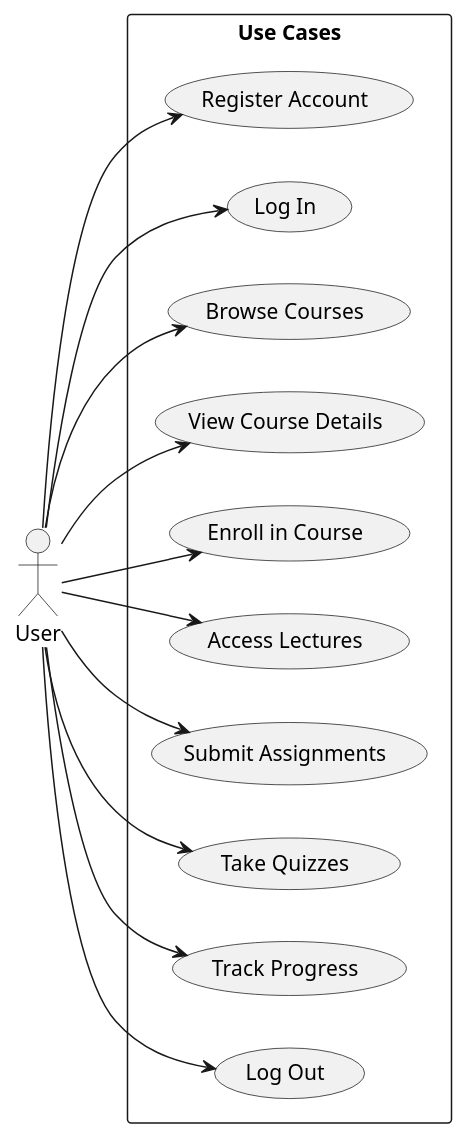
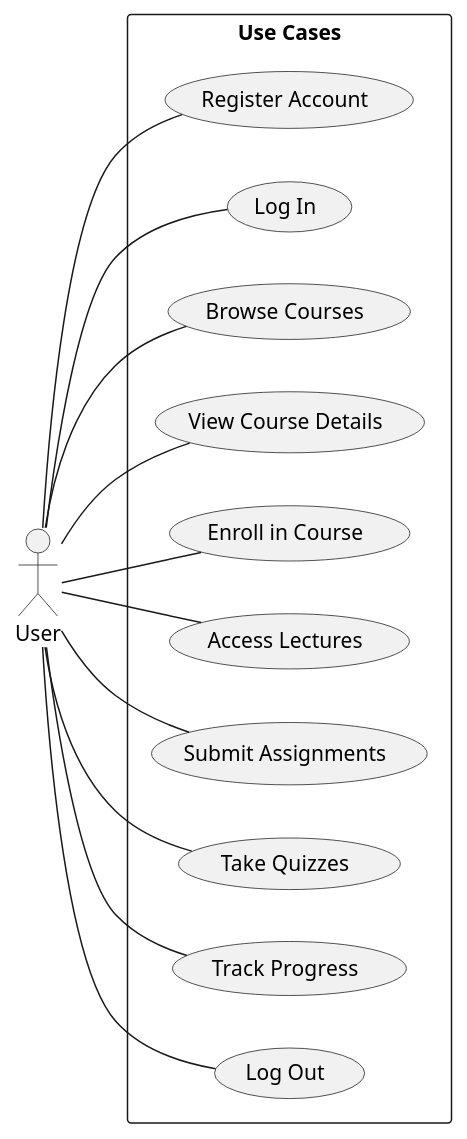
The diagram in Lab 1/Lab1.2/Usecase/user_usecase.plantuml (ninehcobra/SE357-Pratice-class), drawn with PlantUML before and after one commit. The commit also changed 7 other files, not shown here.

```diff
--- a/Lab 1/Lab1.2/Usecase/user_usecase.plantuml
+++ b/Lab 1/Lab1.2/Usecase/user_usecase.plantuml
@@ -1,30 +1,30 @@
 @startuml
 left to right direction
 skinparam packageStyle rectangle
 actor User as "User"
 
 rectangle "Use Cases" {
   usecase "Register Account" as Register
   usecase "Log In" as LogIn
   usecase "Browse Courses" as BrowseCourses
   usecase "View Course Details" as ViewCourseDetails
   usecase "Enroll in Course" as EnrollInCourse
   usecase "Access Lectures" as AccessLectures
   usecase "Submit Assignments" as SubmitAssignments
   usecase "Take Quizzes" as TakeQuizzes
   usecase "Track Progress" as TrackProgress
   usecase "Log Out" as LogOut
 }
 
-User --> Register
-User --> LogIn
-User --> BrowseCourses
-User --> ViewCourseDetails
-User --> EnrollInCourse
-User --> AccessLectures
-User --> SubmitAssignments
-User --> TakeQuizzes
-User --> TrackProgress
-User --> LogOut
+User -- Register
+User -- LogIn
+User -- BrowseCourses
+User -- ViewCourseDetails
+User -- EnrollInCourse
+User -- AccessLectures
+User -- SubmitAssignments
+User -- TakeQuizzes
+User -- TrackProgress
+User -- LogOut
 
 @enduml
```
